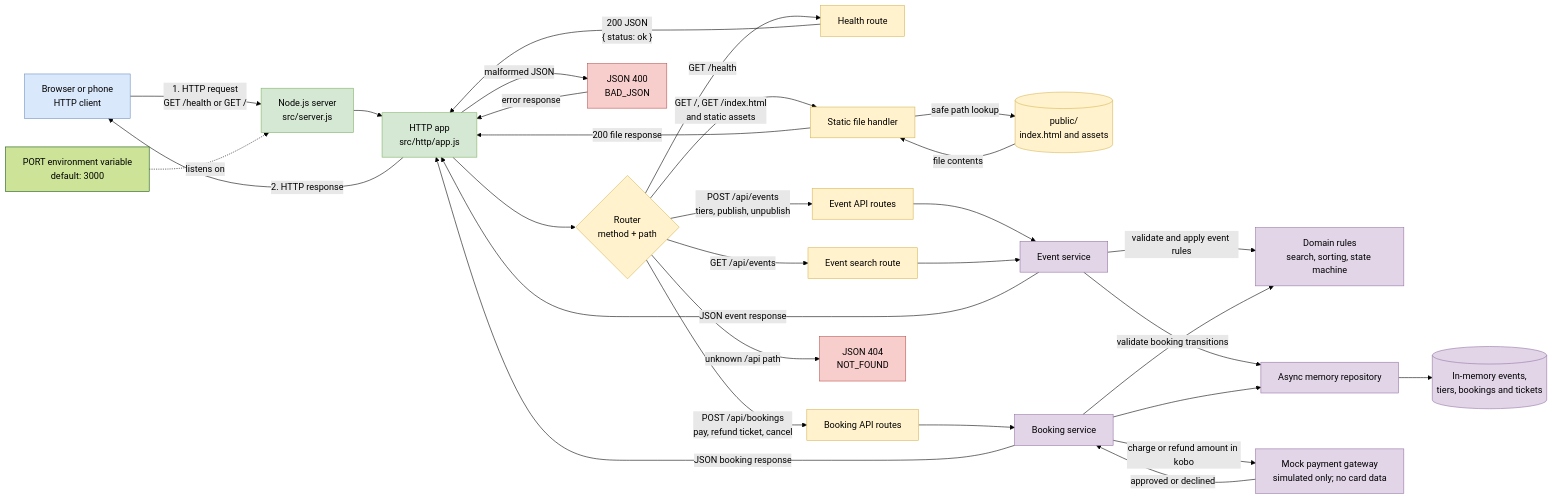
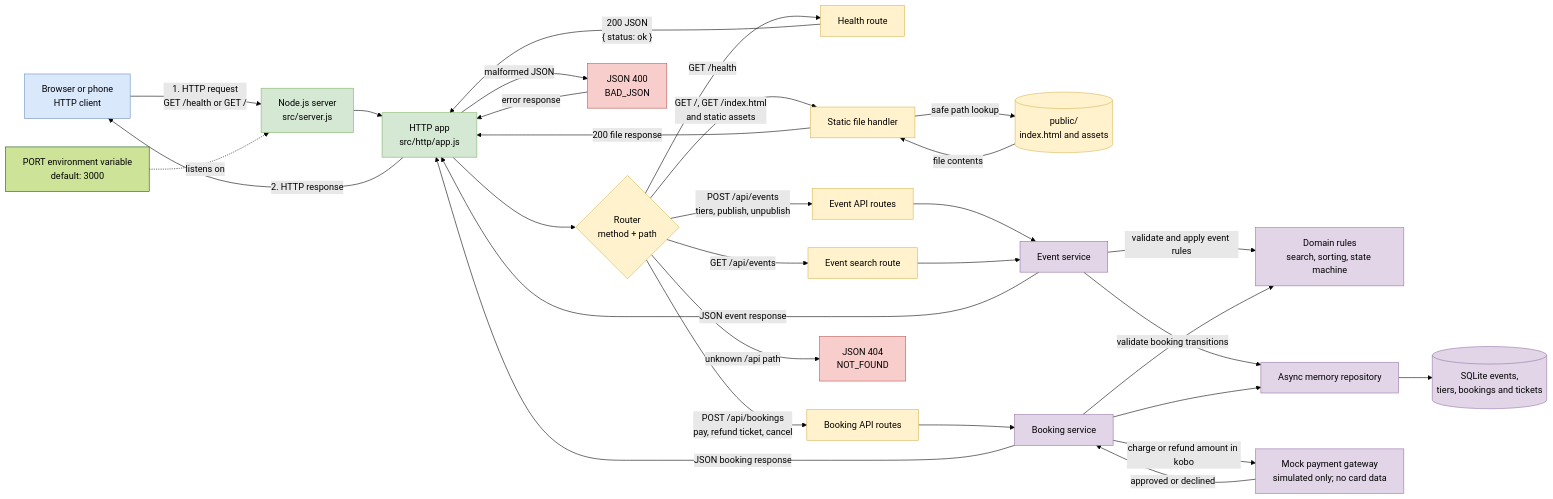
The second of 4 diagrams in docs/architecture.md (Sots-Light/capstone-drill), drawn with Mermaid (forest theme) before and after one commit. The commit also changed other lines of this file and 14 other files, not shown here.

````diff
--- a/docs/architecture.md
+++ b/docs/architecture.md
@@ -23,47 +23,47 @@
 ```mermaid
 flowchart LR
   Client["Browser or phone<br/>HTTP client"] -->|"1. HTTP request<br/>GET /health or GET /"| Node["Node.js server<br/>src/server.js"]
   Config["PORT environment variable<br/>default: 3000"] -.->|"listens on"| Node
   Node --> App["HTTP app<br/>src/http/app.js"]
   App --> Router{"Router<br/>method + path"}
 
   Router -->|"GET /health"| Health["Health route"]
   Health -->|"200 JSON<br/>{ status: ok }"| App
 
   Router -->|"GET /, GET /index.html<br/>and static assets"| Static["Static file handler"]
   Static -->|"safe path lookup"| Public[("public/<br/>index.html and assets")]
   Public -->|"file contents"| Static
   Static -->|"200 file response"| App
 
   Router -->|"POST /api/events<br/>tiers, publish, unpublish"| EventRoutes["Event API routes"]
   Router -->|"GET /api/events"| SearchRoute["Event search route"]
   Router -->|"POST /api/bookings<br/>pay, refund ticket, cancel"| BookingRoutes["Booking API routes"]
   Router -->|"unknown /api path"| NotFound["JSON 404<br/>NOT_FOUND"]
   EventRoutes --> EventService["Event service"]
   SearchRoute --> EventService
   BookingRoutes --> BookingService["Booking service"]
   EventService -->|"validate and apply event rules"| Domain["Domain rules<br/>search, sorting, state machine"]
   BookingService -->|"validate booking transitions"| Domain
   EventService --> Repository["Async memory repository"]
   BookingService --> Repository
-  Repository --> Store[("In-memory events,<br/>tiers, bookings and tickets")]
+  Repository --> Store[("SQLite events,<br/>tiers, bookings and tickets")]
   BookingService -->|"charge or refund amount in kobo"| Gateway["Mock payment gateway<br/>simulated only; no card data"]
   Gateway -->|"approved or declined"| BookingService
   BookingService -->|"JSON booking response"| App
   EventService -->|"JSON event response"| App
 
   App -->|"malformed JSON"| BadRequest["JSON 400<br/>BAD_JSON"]
   BadRequest -->|"error response"| App
   App -->|"2. HTTP response"| Client
 
   classDef client fill:#dae8fc,stroke:#6c8ebf,color:#000;
   classDef server fill:#d5e8d4,stroke:#82b366,color:#000;
   classDef route fill:#fff2cc,stroke:#d6b656,color:#000;
   classDef serviceLayer fill:#e1d5e7,stroke:#9673a6,color:#000;
   classDef error fill:#f8cecc,stroke:#b85450,color:#000;
   class Client client;
   class Node,App server;
   class Router,Health,Static,Public,EventRoutes,SearchRoute,BookingRoutes route;
   class EventService,BookingService,Domain,Repository,Store,Gateway serviceLayer;
   class BadRequest,NotFound error;
 ```
````
